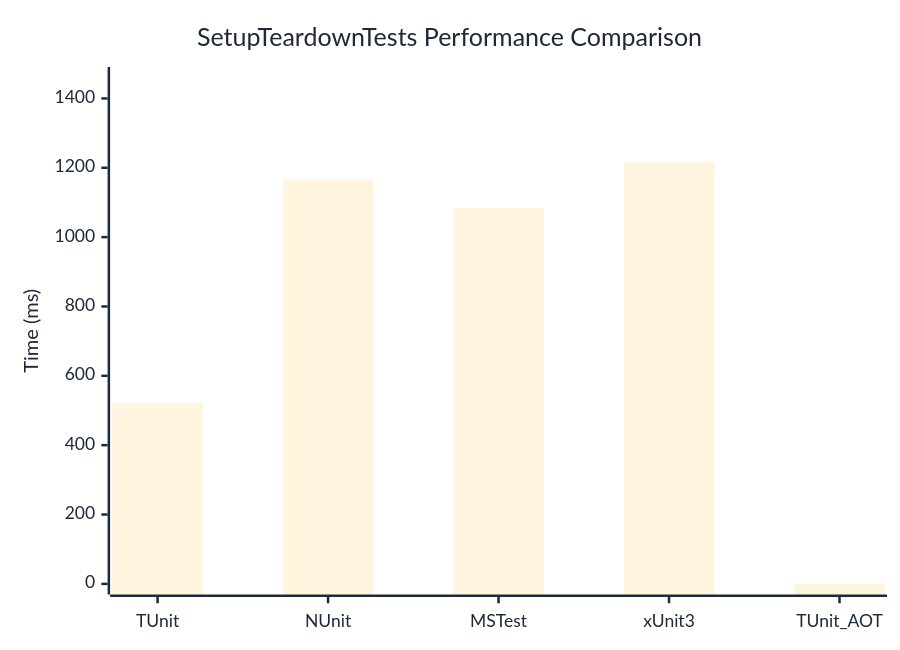
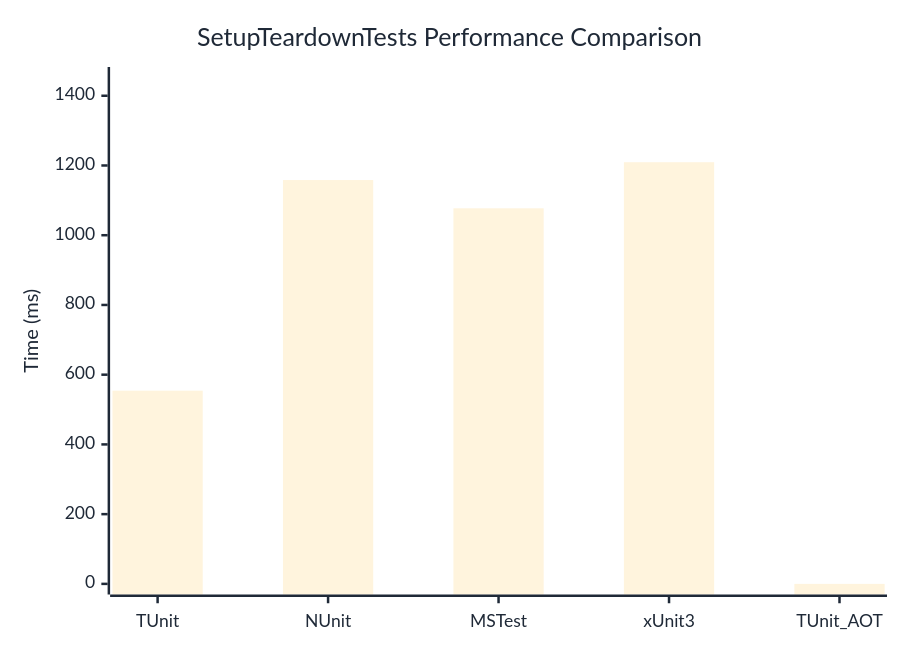
Before and after one commit to thomhurst/TUnit: the diagram in docs/docs/benchmarks/SetupTeardownTests.md, drawn with Mermaid. The commit also changed other lines of this file and 17 other files, not shown here.

````diff
--- a/docs/docs/benchmarks/SetupTeardownTests.md
+++ b/docs/docs/benchmarks/SetupTeardownTests.md
@@ -27,37 +27,37 @@
 ```mermaid
 %%{init: {
   'theme':'base',
   'themeVariables': {
     'primaryColor': '#2563eb',
     'primaryTextColor': '#1f2937',
     'primaryBorderColor': '#1e40af',
     'lineColor': '#6b7280',
     'secondaryColor': '#7c3aed',
     'tertiaryColor': '#dc2626',
     'background': '#ffffff',
     'mainBkg': '#2563eb',
     'secondBkg': '#7c3aed',
     'tertiaryBkg': '#dc2626',
     'clusterBkg': '#f3f4f6',
     'edgeLabelBackground': '#ffffff',
     'tertiaryTextColor': '#1f2937',
     'pie1': '#2563eb',
     'pie2': '#7c3aed',
     'pie3': '#dc2626',
     'pie4': '#f59e0b',
     'pie5': '#10b981',
     'pie6': '#06b6d4',
     'pie7': '#ec4899',
     'pie8': '#6366f1',
     'pie9': '#84cc16',
     'pie10': '#f97316',
     'pie11': '#14b8a6',
     'pie12': '#a855f7'
   }
 }}%%
 xychart-beta
   title "SetupTeardownTests Performance Comparison"
   x-axis ["TUnit", "NUnit", "MSTest", "xUnit3", "TUnit_AOT"]
-  y-axis "Time (ms)" 0 --> 1460
-  bar [521.3, 1166.7, 1083.9, 1216.2, 0]
+  y-axis "Time (ms)" 0 --> 1452
+  bar [554.1, 1158.2, 1077.2, 1209.4, 0]
 ```
````
